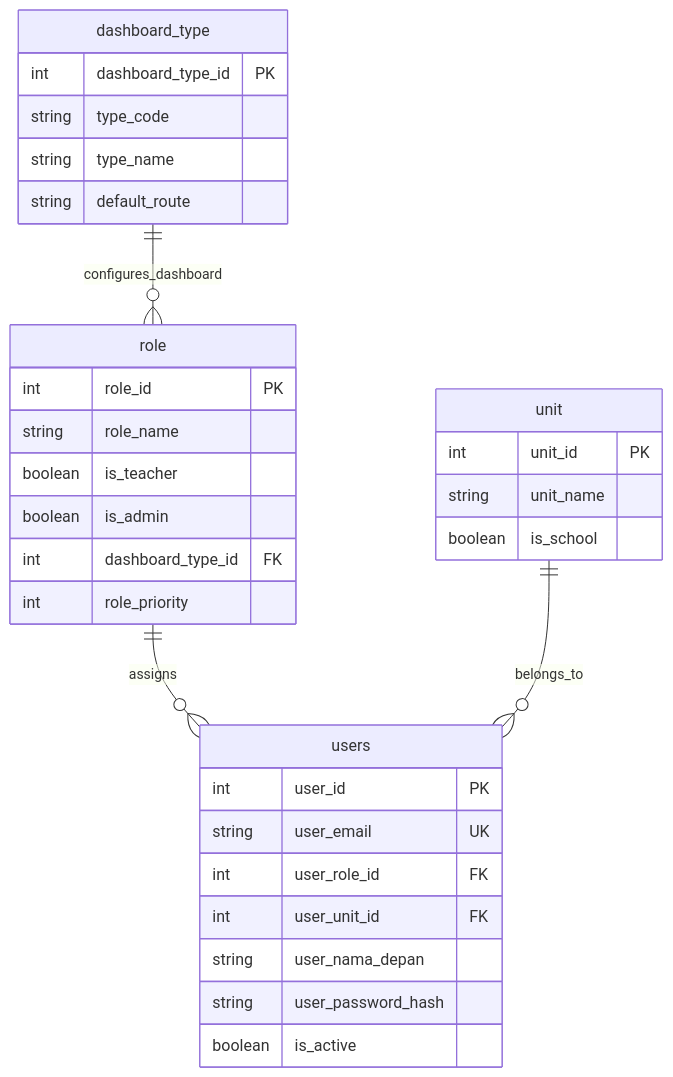
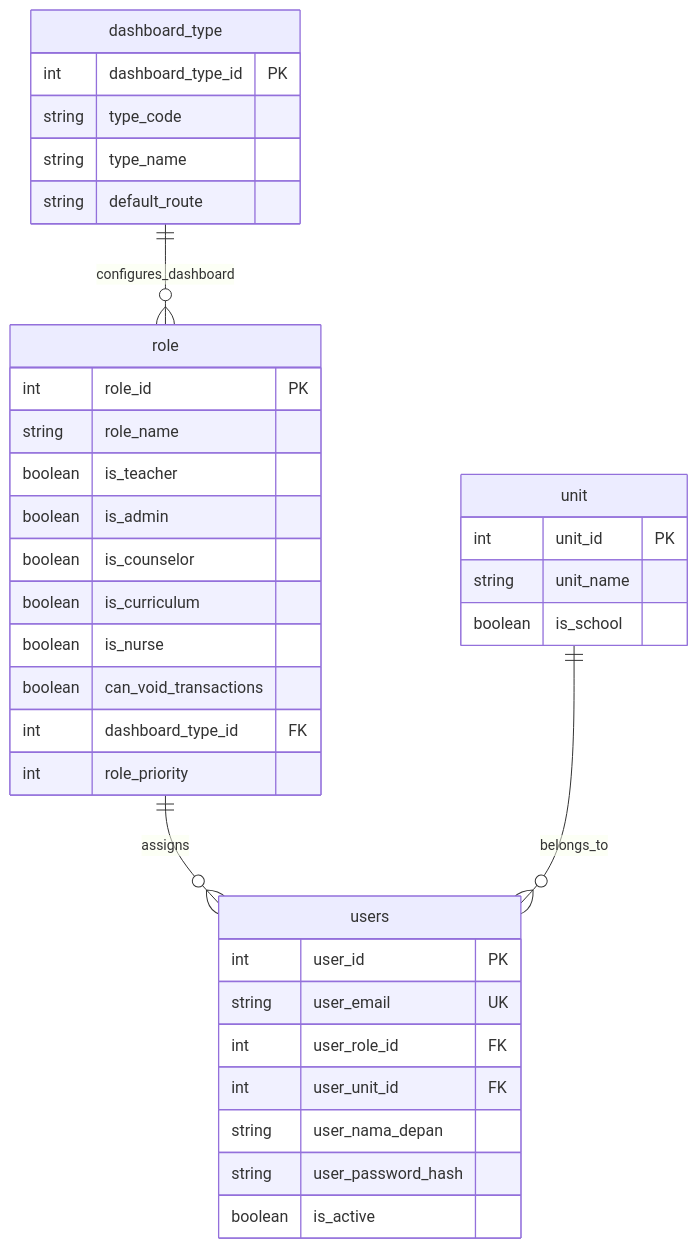
The first of 8 diagrams in DATABASE_SCHEMA.md (hanskristianw/school-admin), drawn with Mermaid before and after one commit. The commit also changed other lines of this file and 1 other file, not shown here.

````diff
--- a/DATABASE_SCHEMA.md
+++ b/DATABASE_SCHEMA.md
@@ -79,38 +83,42 @@
 ```mermaid
 erDiagram
     dashboard_type ||--o{ role : "configures_dashboard"
     role ||--o{ users : "assigns"
     unit ||--o{ users : "belongs_to"
     
     dashboard_type {
         int dashboard_type_id PK
         string type_code
         string type_name
         string default_route
     }
 
     role {
         int role_id PK
         string role_name
         boolean is_teacher
         boolean is_admin
+        boolean is_counselor
+        boolean is_curriculum
+        boolean is_nurse
+        boolean can_void_transactions
         int dashboard_type_id FK
         int role_priority
     }
     
     unit {
         int unit_id PK
         string unit_name
         boolean is_school
     }
     
     users {
         int user_id PK
         string user_email UK
         int user_role_id FK
         int user_unit_id FK
         string user_nama_depan
         string user_password_hash
         boolean is_active
     }
 ```
````
